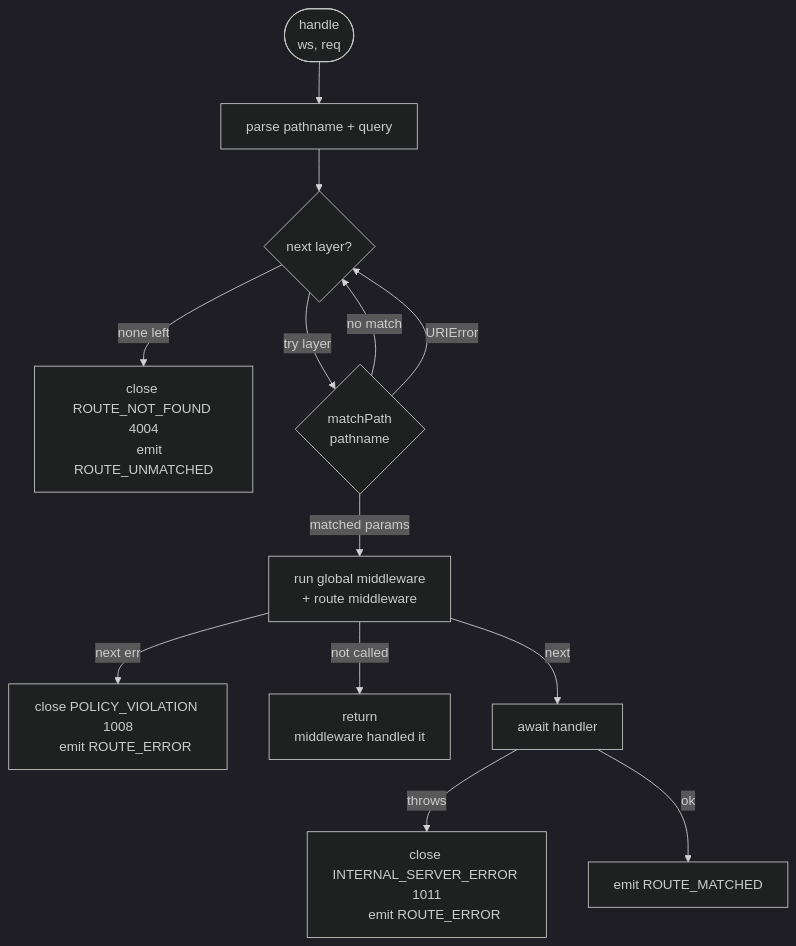
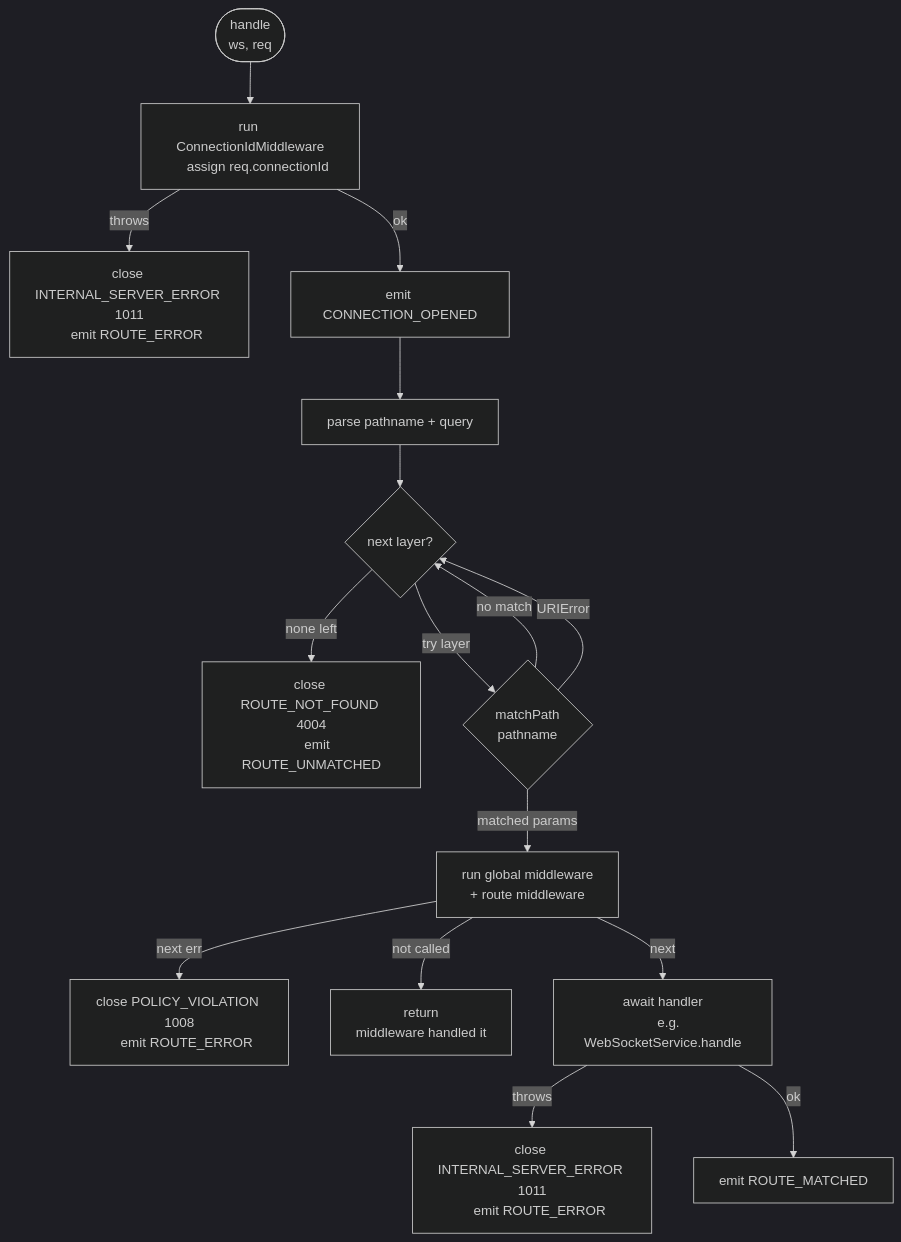
One commit to sektek/synaptik-express changed the fourth of 4 diagrams in docs/web-socket.md. Above: the diagram before and after it, drawn with Mermaid (dark theme). The commit also changed other lines of this file and 9 other files, not shown here.

First line of the commit message:
refactor: invert WebSocketRouter/WebSocketService ownership

````diff
--- a/docs/web-socket.md
+++ b/docs/web-socket.md
@@ -162,22 +178,28 @@
 ```mermaid
 flowchart TD
     START([handle
-    ws, req]) --> PARSE[parse pathname + query]
+    ws, req]) --> IDMW[run ConnectionIdMiddleware
+    assign req.connectionId]
+    IDMW -- throws --> CLOSE_ID[close INTERNAL_SERVER_ERROR 1011
+    emit ROUTE_ERROR]
+    IDMW -- ok --> OPENED[emit CONNECTION_OPENED]
+    OPENED --> PARSE[parse pathname + query]
     PARSE --> LOOP{next layer?}
     LOOP -- none left --> CLOSE_404[close ROUTE_NOT_FOUND 4004
     emit ROUTE_UNMATCHED]
     LOOP -- try layer --> MATCH{matchPath
     pathname}
     MATCH -- no match --> LOOP
     MATCH -- URIError --> LOOP
     MATCH -- matched params --> MW[run global middleware
     + route middleware]
     MW -- next err --> CLOSE_1008[close POLICY_VIOLATION 1008
     emit ROUTE_ERROR]
     MW -- not called --> TERM[return
     middleware handled it]
-    MW -- next --> HANDLER[await handler]
+    MW -- next --> HANDLER[await handler
+    e.g. WebSocketService.handle]
     HANDLER -- throws --> CLOSE_1011[close INTERNAL_SERVER_ERROR 1011
     emit ROUTE_ERROR]
     HANDLER -- ok --> DONE[emit ROUTE_MATCHED]
 ```
````
